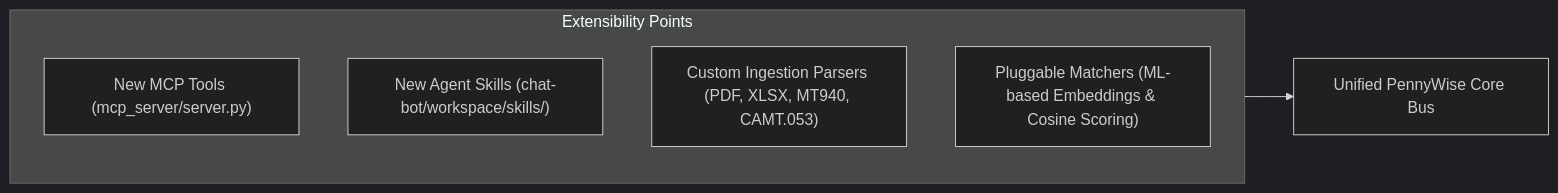
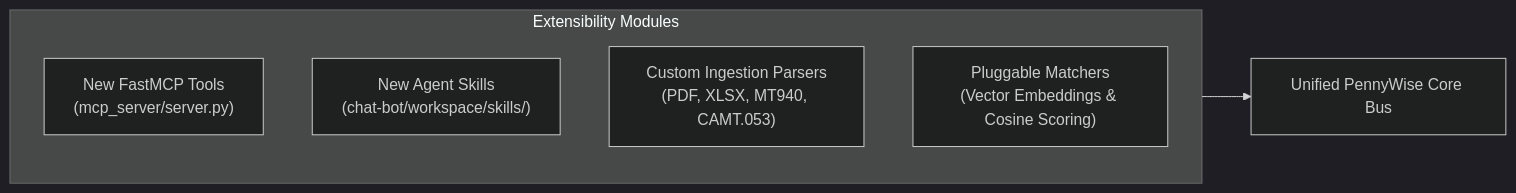
Before and after one commit to harissh-k06/Razorpay_Buildathon: the ninth of 9 diagrams in ARCHITECTURE.md, drawn with Mermaid (dark theme). The commit also changed other lines of this file, not shown here.

````diff
--- a/ARCHITECTURE.md
+++ b/ARCHITECTURE.md
@@ -616,11 +610,11 @@
 ```mermaid
 flowchart LR
-    subgraph CoreEngine["Extensibility Points"]
-        Ext_MCP["New MCP Tools (mcp_server/server.py)"]
-        Ext_Skills["New Agent Skills (chat-bot/workspace/skills/)"]
-        Ext_Parsers["Custom Ingestion Parsers (PDF, XLSX, MT940, CAMT.053)"]
-        Ext_Matchers["Pluggable Matchers (ML-based Embeddings & Cosine Scoring)"]
+    subgraph CoreEngine["Extensibility Modules"]
+        Ext_MCP["New FastMCP Tools<br/>(mcp_server/server.py)"]
+        Ext_Skills["New Agent Skills<br/>(chat-bot/workspace/skills/)"]
+        Ext_Parsers["Custom Ingestion Parsers<br/>(PDF, XLSX, MT940, CAMT.053)"]
+        Ext_Matchers["Pluggable Matchers<br/>(Vector Embeddings & Cosine Scoring)"]
     end
 
     CoreEngine --> PluggableSystem["Unified PennyWise Core Bus"]
 ```
````
